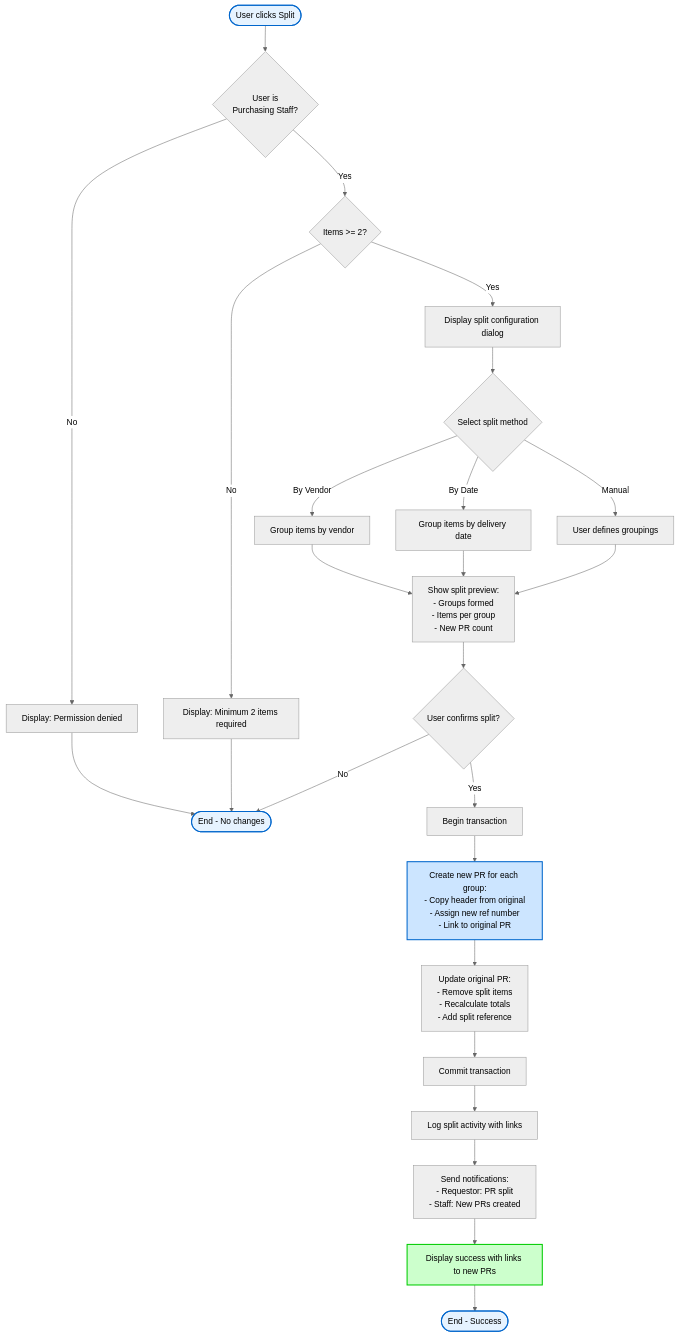
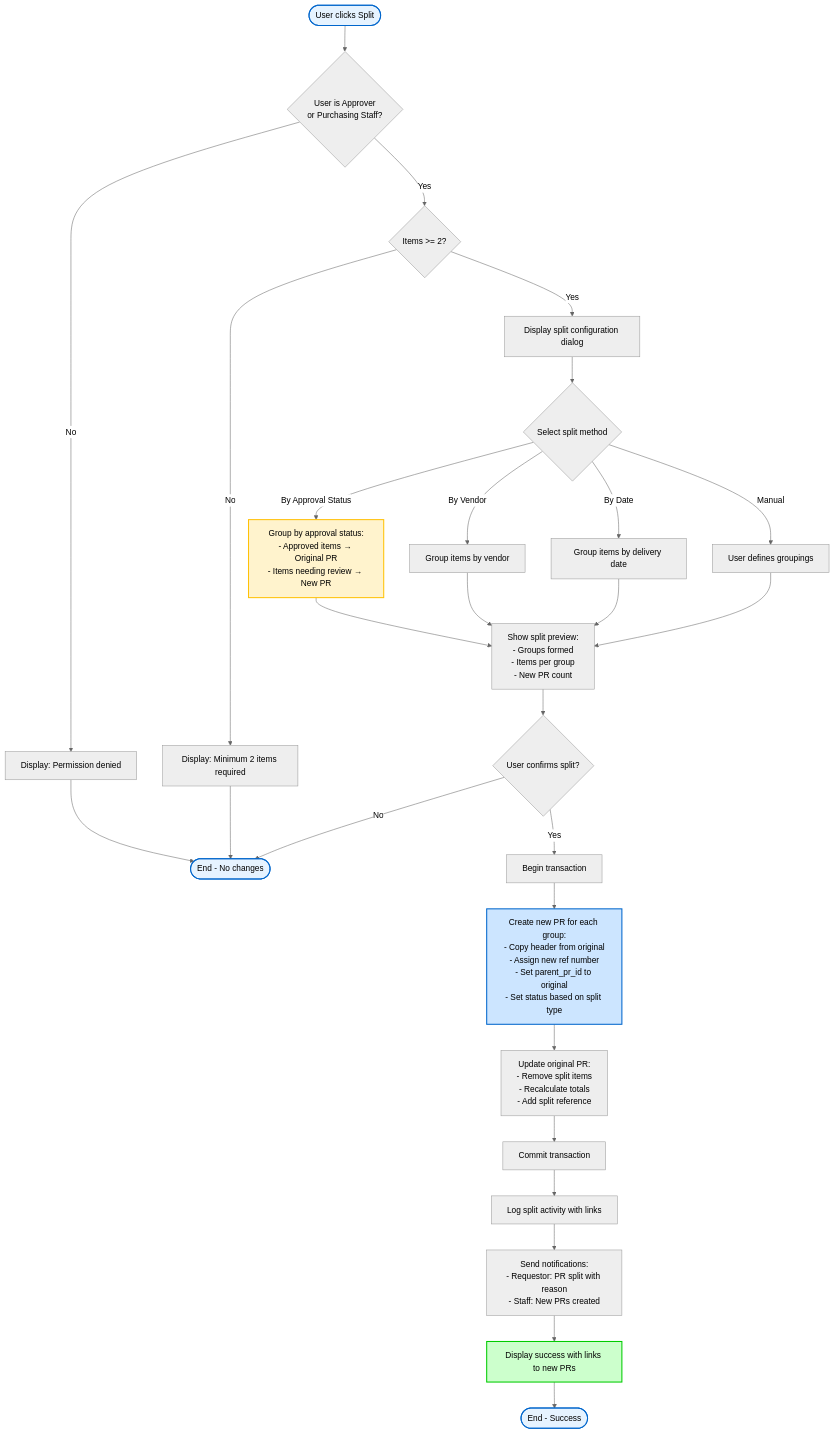
Before and after one commit to CarmenSoftware-organization/carmen: diagram 15 of 48 in docs/app/procurement/purchase-requests/FD-purchase-requests.md, drawn with Mermaid (neutral theme). The commit also changed other lines of this file and 23 other files, not shown here.

````diff
--- a/docs/app/procurement/purchase-requests/FD-purchase-requests.md
+++ b/docs/app/procurement/purchase-requests/FD-purchase-requests.md
@@ -764,40 +765,43 @@
 ```mermaid
 flowchart TB
-    Start([User clicks Split]) --> ValidateRole{User is<br/>Purchasing Staff?}
+    Start([User clicks Split]) --> ValidateRole{User is Approver<br/>or Purchasing Staff?}
     ValidateRole -->|No| ShowError1[Display: Permission denied]
     ValidateRole -->|Yes| CheckCount{Items >= 2?}
 
     CheckCount -->|No| ShowError2[Display: Minimum 2 items required]
     CheckCount -->|Yes| ShowDialog[Display split configuration dialog]
 
     ShowDialog --> SelectMethod{Select split method}
+    SelectMethod -->|By Approval Status| GroupStatus["Group by approval status:<br/>- Approved items → Original PR<br/>- Items needing review → New PR"]
     SelectMethod -->|By Vendor| GroupVendor[Group items by vendor]
     SelectMethod -->|By Date| GroupDate[Group items by delivery date]
     SelectMethod -->|Manual| GroupManual[User defines groupings]
 
-    GroupVendor --> ShowPreview[Show split preview:<br/>- Groups formed<br/>- Items per group<br/>- New PR count]
+    GroupStatus --> ShowPreview[Show split preview:<br/>- Groups formed<br/>- Items per group<br/>- New PR count]
+    GroupVendor --> ShowPreview
     GroupDate --> ShowPreview
     GroupManual --> ShowPreview
 
     ShowPreview --> UserConfirm{User confirms split?}
     UserConfirm -->|No| End1([End - No changes])
     UserConfirm -->|Yes| BeginTx[Begin transaction]
 
-    BeginTx --> CreateNewPRs[Create new PR for each group:<br/>- Copy header from original<br/>- Assign new ref number<br/>- Link to original PR]
+    BeginTx --> CreateNewPRs["Create new PR for each group:<br/>- Copy header from original<br/>- Assign new ref number<br/>- Set parent_pr_id to original<br/>- Set status based on split type"]
     CreateNewPRs --> UpdateOriginal["Update original PR:<br/>- Remove split items<br/>- Recalculate totals<br/>- Add split reference"]
     UpdateOriginal --> CommitTx[Commit transaction]
 
     CommitTx --> LogActivity[Log split activity with links]
-    LogActivity --> SendNotify["Send notifications:<br/>- Requestor: PR split<br/>- Staff: New PRs created"]
+    LogActivity --> SendNotify["Send notifications:<br/>- Requestor: PR split with reason<br/>- Staff: New PRs created"]
     SendNotify --> ShowSuccess["Display success with links to new PRs"]
     ShowSuccess --> End2([End - Success])
 
     ShowError1 --> End1
     ShowError2 --> End1
 
     style Start fill:#e6f3ff,stroke:#0066cc,stroke-width:2px
     style End1 fill:#e6f3ff,stroke:#0066cc,stroke-width:2px
     style End2 fill:#e6f3ff,stroke:#0066cc,stroke-width:2px
+    style GroupStatus fill:#fff3cd,stroke:#ffc107,stroke-width:2px
     style CreateNewPRs fill:#cce5ff,stroke:#0066cc,stroke-width:2px
     style ShowSuccess fill:#ccffcc,stroke:#00cc00,stroke-width:2px
 ```
````
